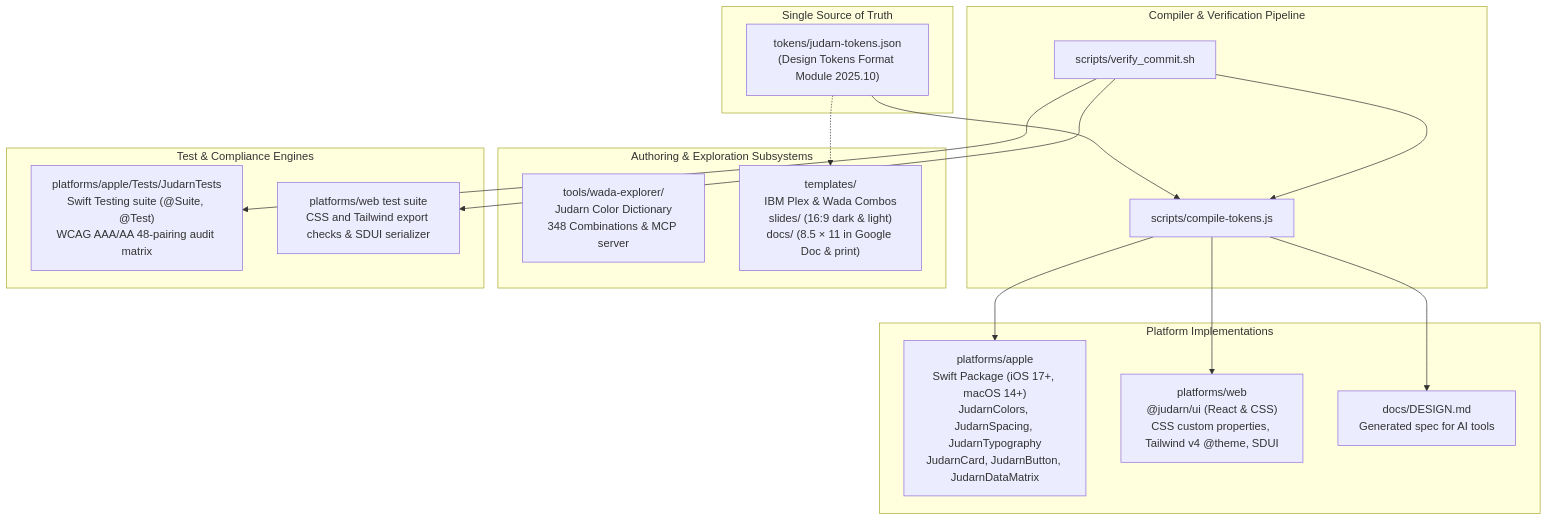
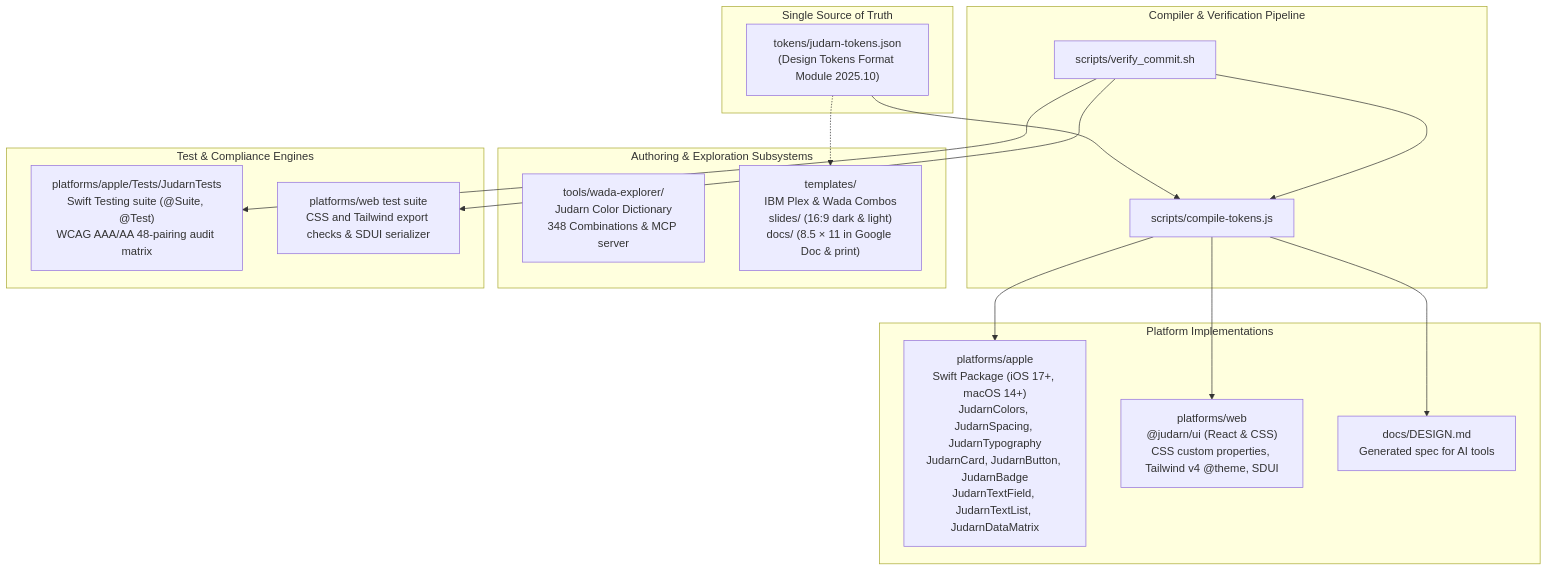
Before and after one commit to rubenluthman/judarn: the diagram in ARCHITECTURE.md, drawn with Mermaid. The commit also changed other lines of this file and 7 other files, not shown here.

````diff
--- a/ARCHITECTURE.md
+++ b/ARCHITECTURE.md
@@ -46,37 +46,37 @@
 ```mermaid
 flowchart TD
     subgraph SOT["Single Source of Truth"]
         Tokens["tokens/judarn-tokens.json<br/>(Design Tokens Format Module 2025.10)"]
     end
 
     subgraph Pipeline["Compiler & Verification Pipeline"]
         Compiler["scripts/compile-tokens.js"]
         Verifier["scripts/verify_commit.sh"]
     end
 
     subgraph Targets["Platform Implementations"]
-        Apple["platforms/apple<br/>Swift Package (iOS 17+, macOS 14+)<br/>JudarnColors, JudarnSpacing, JudarnTypography<br/>JudarnCard, JudarnButton, JudarnDataMatrix"]
+        Apple["platforms/apple<br/>Swift Package (iOS 17+, macOS 14+)<br/>JudarnColors, JudarnSpacing, JudarnTypography<br/>JudarnCard, JudarnButton, JudarnBadge<br/>JudarnTextField, JudarnTextList, JudarnDataMatrix"]
         Web["platforms/web<br/>@judarn/ui (React & CSS)<br/>CSS custom properties, Tailwind v4 @theme, SDUI"]
         AIDoc["docs/DESIGN.md<br/>Generated spec for AI tools"]
     end
 
     subgraph Extensions["Authoring & Exploration Subsystems"]
         Wada["tools/wada-explorer/<br/>Judarn Color Dictionary<br/>348 Combinations & MCP server"]
         Templates["templates/<br/>IBM Plex & Wada Combos<br/>slides/ (16:9 dark & light)<br/>docs/ (8.5 × 11 in Google Doc & print)"]
     end
 
     subgraph Testing["Test & Compliance Engines"]
         SwiftTest["platforms/apple/Tests/JudarnTests<br/>Swift Testing suite (@Suite, @Test)<br/>WCAG AAA/AA 48-pairing audit matrix"]
         WebTest["platforms/web test suite<br/>CSS and Tailwind export checks & SDUI serializer"]
     end
 
     Tokens --> Compiler
     Compiler --> Apple
     Compiler --> Web
     Compiler --> AIDoc
     Tokens -.-> Templates
 
     Verifier --> Compiler
     Verifier --> SwiftTest
     Verifier --> WebTest
 ```
````
